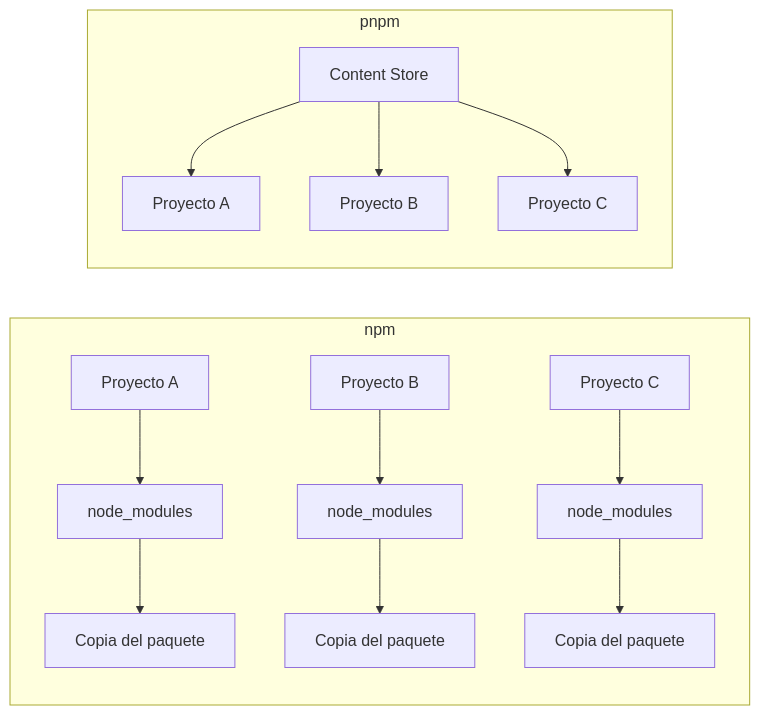
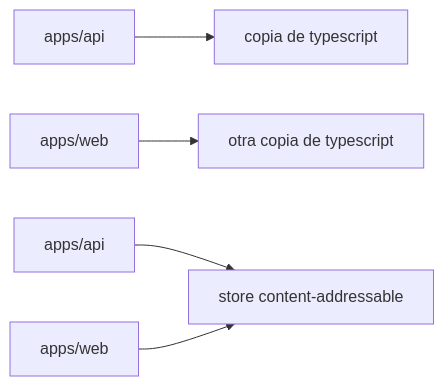
Before and after one commit to mytheondev/mytheondev: the first of 2 diagrams in src/content/blog/why-pnpm-over-npm-and-yarn.es.md, drawn with Mermaid. The commit also changed other lines of this file and 33 other files, not shown here.

````diff
--- a/src/content/blog/why-pnpm-over-npm-and-yarn.es.md
+++ b/src/content/blog/why-pnpm-over-npm-and-yarn.es.md
@@ -113,16 +75,7 @@
 ```mermaid
 flowchart LR
-
-    subgraph npm["npm"]
-        A["Proyecto A"] --> AModules["node_modules"] --> APackage["Copia del paquete"]
-        B["Proyecto B"] --> BModules["node_modules"] --> BPackage["Copia del paquete"]
-        C["Proyecto C"] --> CModules["node_modules"] --> CPackage["Copia del paquete"]
-    end
-
-    subgraph pnpm["pnpm"]
-        store["Content Store"]
-        store --> PA["Proyecto A"]
-        store --> PB["Proyecto B"]
-        store --> PC["Proyecto C"]
-    end
+  npmApi["apps/api"] --> copyA["copia de typescript"]
+  npmWeb["apps/web"] --> copyB["otra copia de typescript"]
+  pnpmApi["apps/api"] --> store["store content-addressable"]
+  pnpmWeb["apps/web"] --> store
 ```
````
